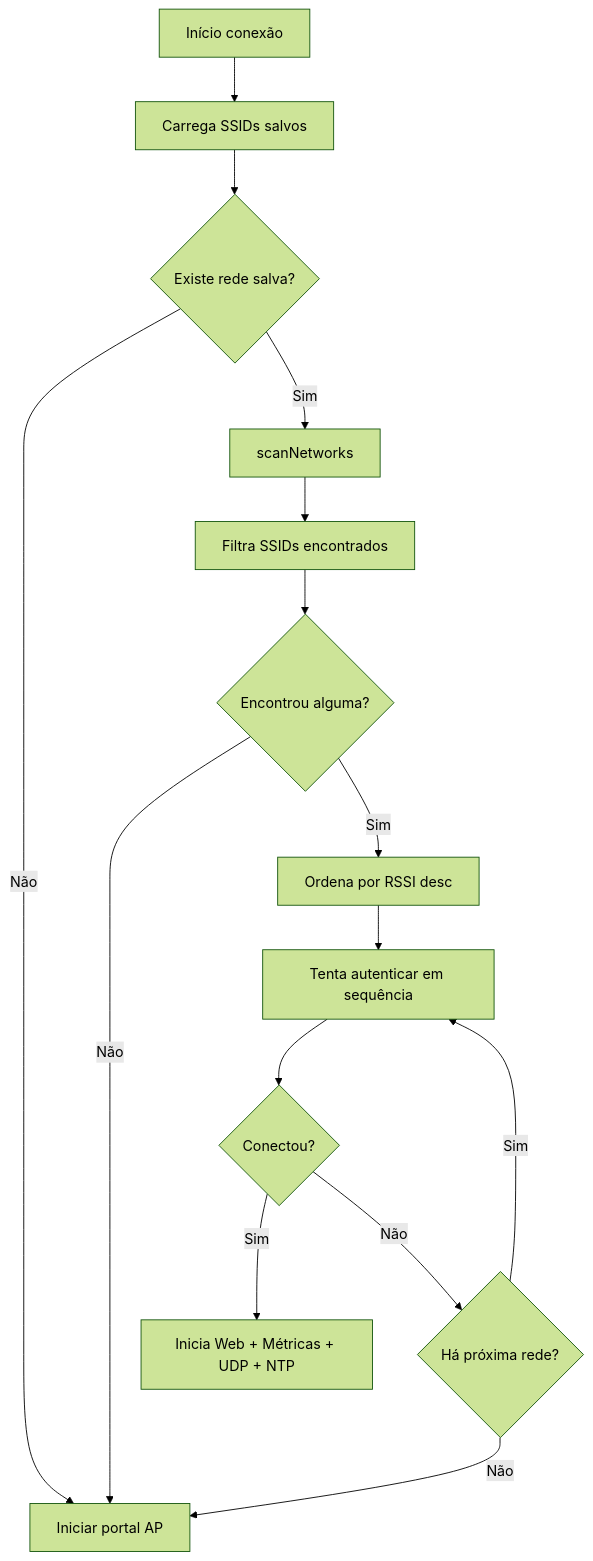
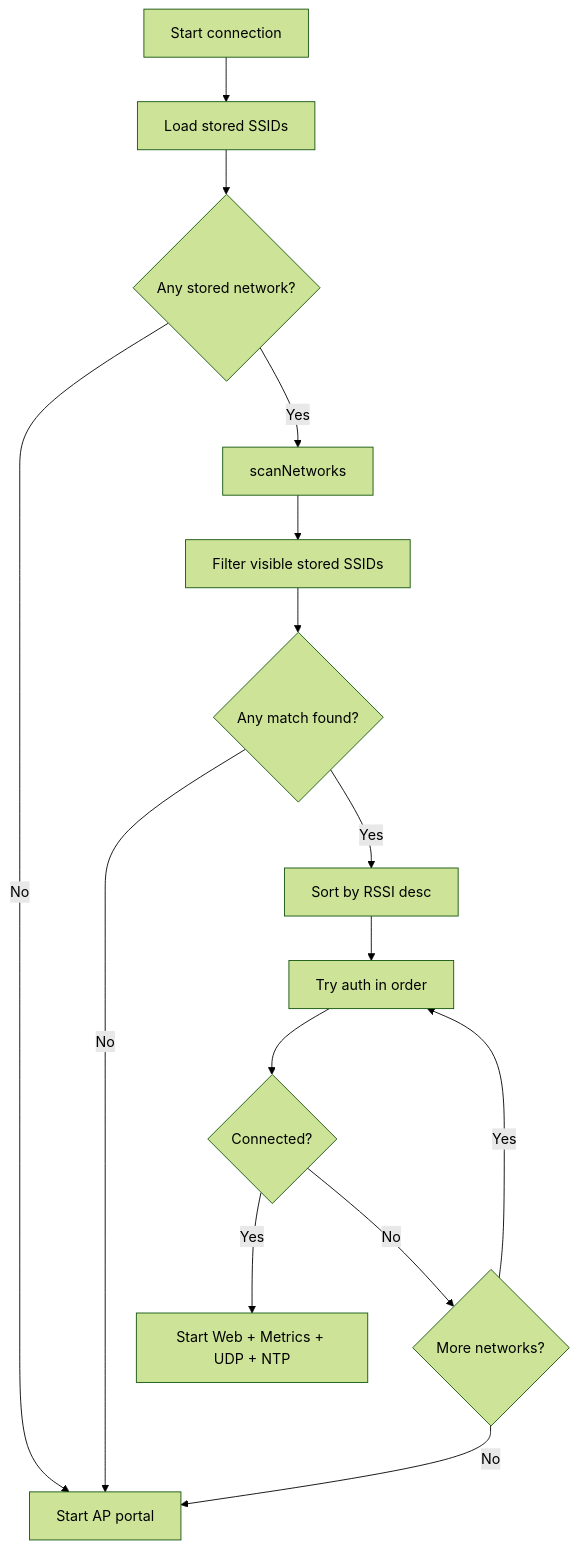
Before and after one commit to paulocfmarques-collab/M5NanoC6_wifi: the fifth of 14 diagrams in README.md, drawn with Mermaid (forest theme). The commit also changed other lines of this file, not shown here.

````diff
--- a/README.md
+++ b/README.md
@@ -210,17 +210,17 @@
 ```mermaid
 flowchart TD
-    A[Início conexão] --> B[Carrega SSIDs salvos]
-    B --> C{Existe rede salva?}
-    C -- Não --> AP[Iniciar portal AP]
-    C -- Sim --> D[scanNetworks]
-    D --> E[Filtra SSIDs encontrados]
-    E --> F{Encontrou alguma?}
-    F -- Não --> AP
-    F -- Sim --> G[Ordena por RSSI desc]
-    G --> H[Tenta autenticar em sequência]
-    H --> I{Conectou?}
-    I -- Sim --> J[Inicia Web + Métricas + UDP + NTP]
-    I -- Não --> K{Há próxima rede?}
-    K -- Sim --> H
-    K -- Não --> AP
+    A[Start connection] --> B[Load stored SSIDs]
+    B --> C{Any stored network?}
+    C -- No --> AP[Start AP portal]
+    C -- Yes --> D[scanNetworks]
+    D --> E[Filter visible stored SSIDs]
+    E --> F{Any match found?}
+    F -- No --> AP
+    F -- Yes --> G[Sort by RSSI desc]
+    G --> H[Try auth in order]
+    H --> I{Connected?}
+    I -- Yes --> J[Start Web + Metrics + UDP + NTP]
+    I -- No --> K{More networks?}
+    K -- Yes --> H
+    K -- No --> AP
 ```
````
